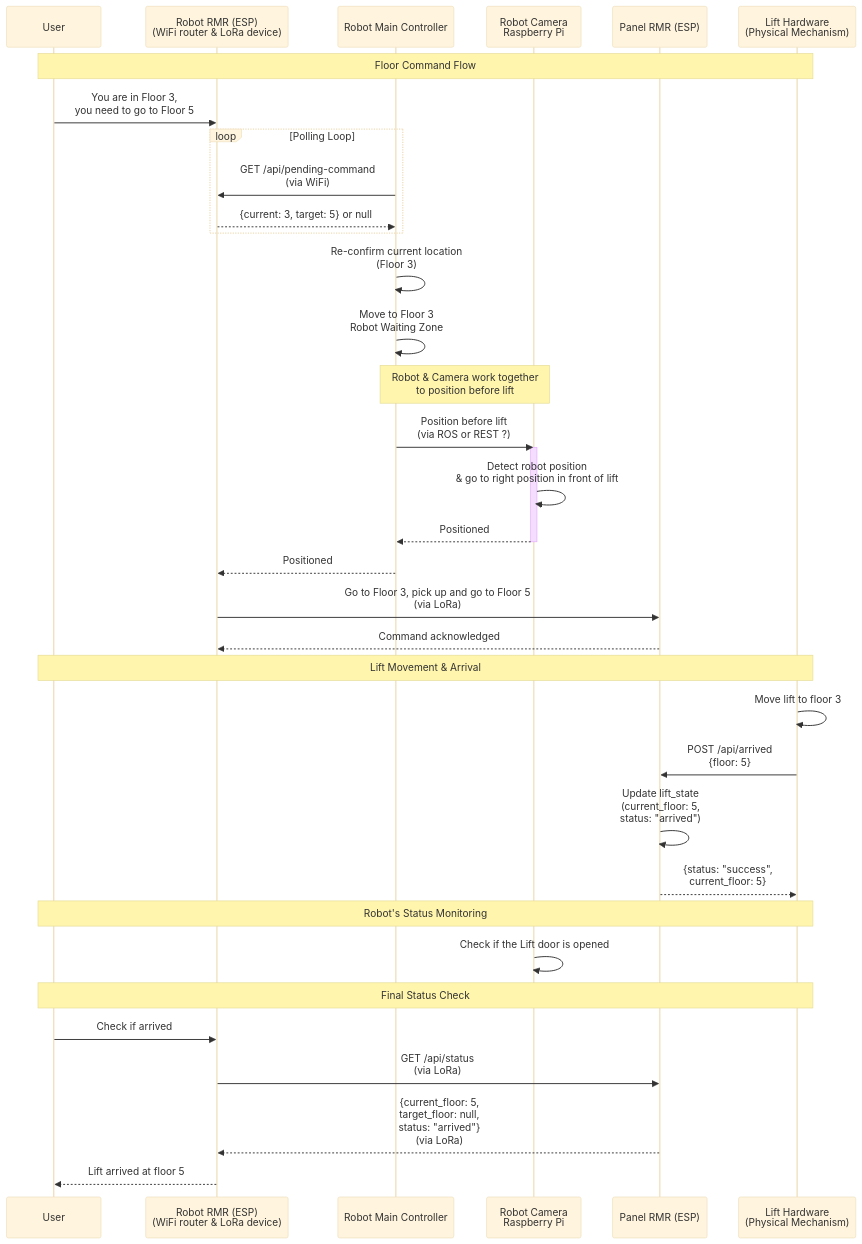
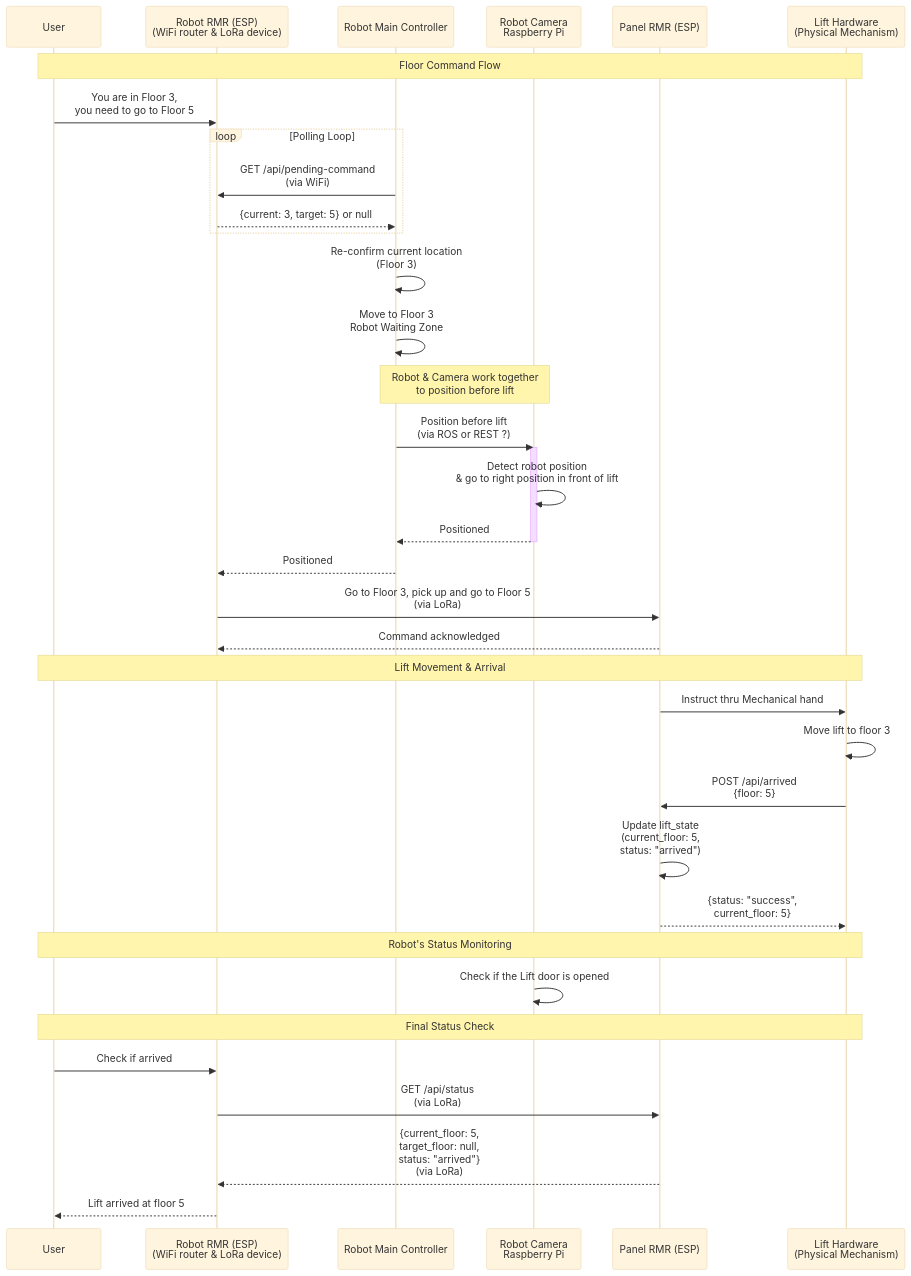
The first of 2 diagrams in sequence_diagram.md (in-is-ah/rmr), drawn with Mermaid (base theme) before and after one commit.

Commit message:
Add instruction for mechanical hand in sequence diagram

````diff
--- a/sequence_diagram.md
+++ b/sequence_diagram.md
@@ -5,42 +5,43 @@
 ```mermaid
 sequenceDiagram
     participant User
     participant ClientPi as Robot RMR (ESP)<br/>(WiFi router & LoRa device)
     participant RobotMainController as Robot Main Controller
     participant CameraModule as Robot Camera<br/>Raspberry Pi
     participant LiftService as Panel RMR (ESP)
     participant LiftHardware as Lift Hardware<br/>(Physical Mechanism)
 
     Note over User,LiftHardware: Floor Command Flow
     User->>ClientPi: You are in Floor 3,<br/>you need to go to Floor 5
     loop Polling Loop
         RobotMainController->>ClientPi: GET /api/pending-command<br/>(via WiFi)
         ClientPi-->>RobotMainController: {current: 3, target: 5} or null
     end
     RobotMainController->>RobotMainController: Re-confirm current location<br/>(Floor 3)
     RobotMainController->>RobotMainController: Move to Floor 3<br/>Robot Waiting Zone
     Note over RobotMainController,CameraModule: Robot & Camera work together<br/>to position before lift
     RobotMainController->>CameraModule: Position before lift<br/>(via ROS or REST ?)
     activate CameraModule
     CameraModule->>CameraModule: Detect robot position<br/>& go to right position in front of lift
     CameraModule-->>RobotMainController: Positioned
     deactivate CameraModule
     RobotMainController-->>ClientPi: Positioned
     ClientPi->>LiftService: Go to Floor 3, pick up and go to Floor 5<br/>(via LoRa)
     LiftService-->>ClientPi: Command acknowledged
     
     Note over User,LiftHardware: Lift Movement & Arrival
+    LiftService->>LiftHardware: Instruct thru Mechanical hand
     LiftHardware->>LiftHardware: Move lift to floor 3
     LiftHardware->>LiftService: POST /api/arrived<br/>{floor: 5}
     LiftService->>LiftService: Update lift_state<br/>(current_floor: 5,<br/>status: "arrived")
     LiftService-->>LiftHardware: {status: "success",<br/>current_floor: 5}
     
     Note over User,LiftHardware: Robot's Status Monitoring
     CameraModule->>CameraModule: Check if the Lift door is opened
 
     Note over User,LiftHardware: Final Status Check
     User->>ClientPi: Check if arrived
     ClientPi->>LiftService: GET /api/status<br/>(via LoRa)
     LiftService-->>ClientPi: {current_floor: 5,<br/>target_floor: null,<br/>status: "arrived"}<br/>(via LoRa)
     ClientPi-->>User: Lift arrived at floor 5
 ```
````
